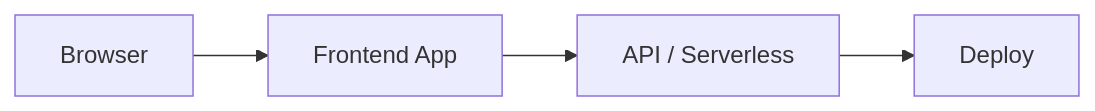
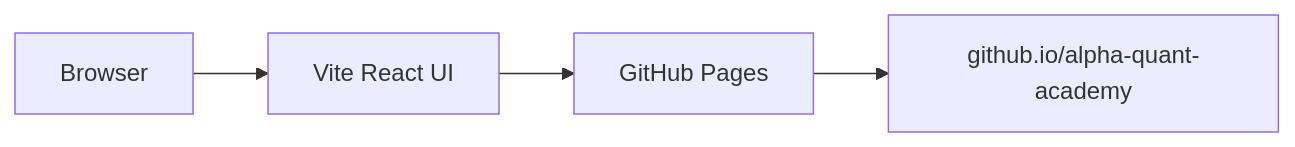
One commit to mangeshraut712/alpha-quant-academy changed the diagram in README.md. Above: the diagram before and after it, drawn with Mermaid. The commit also changed other lines of this file and 12 other files, not shown here.

First line of the commit message:
Deploy the Vite web UI to free GitHub Pages (#3)

````diff
--- a/README.md
+++ b/README.md
@@ -323,6 +337,6 @@
 ```mermaid
 flowchart LR
-    A["Browser"] --> B["Frontend App"]
-    B --> C["API / Serverless"]
-    C --> D["Deploy"]
+    A["Browser"] --> B["Vite React UI"]
+    B --> C["GitHub Pages"]
+    C --> D["github.io/alpha-quant-academy"]
 ```
````
